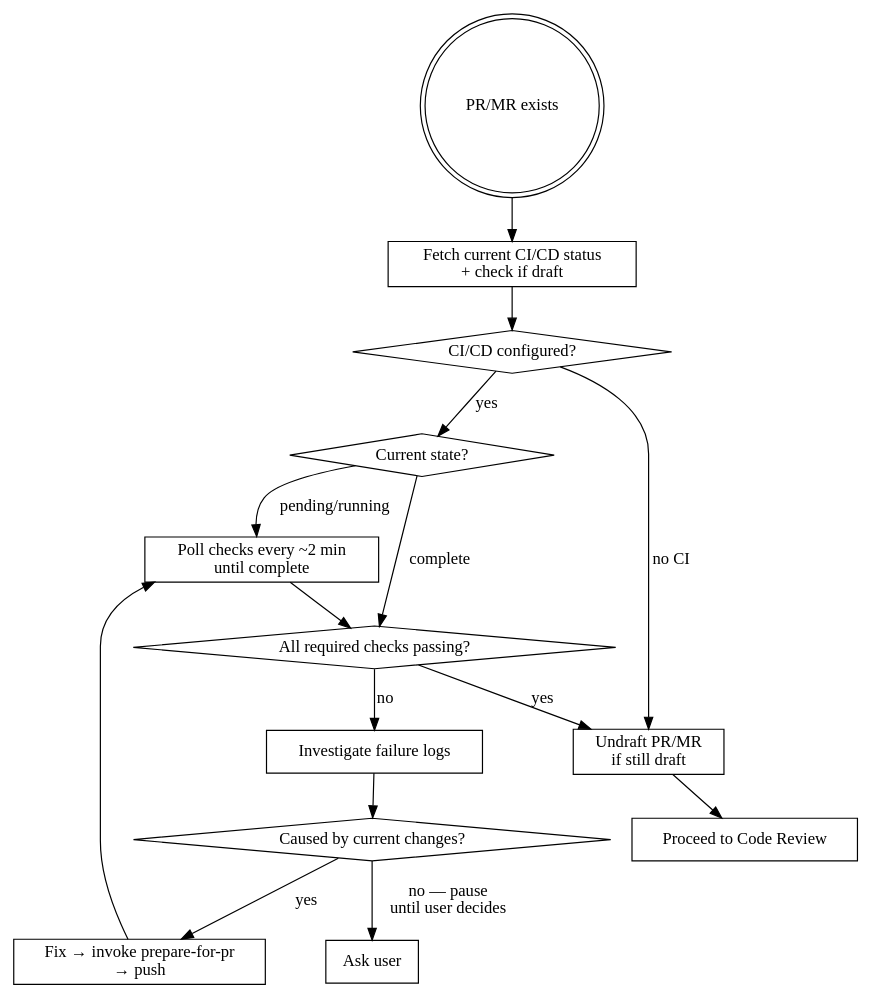
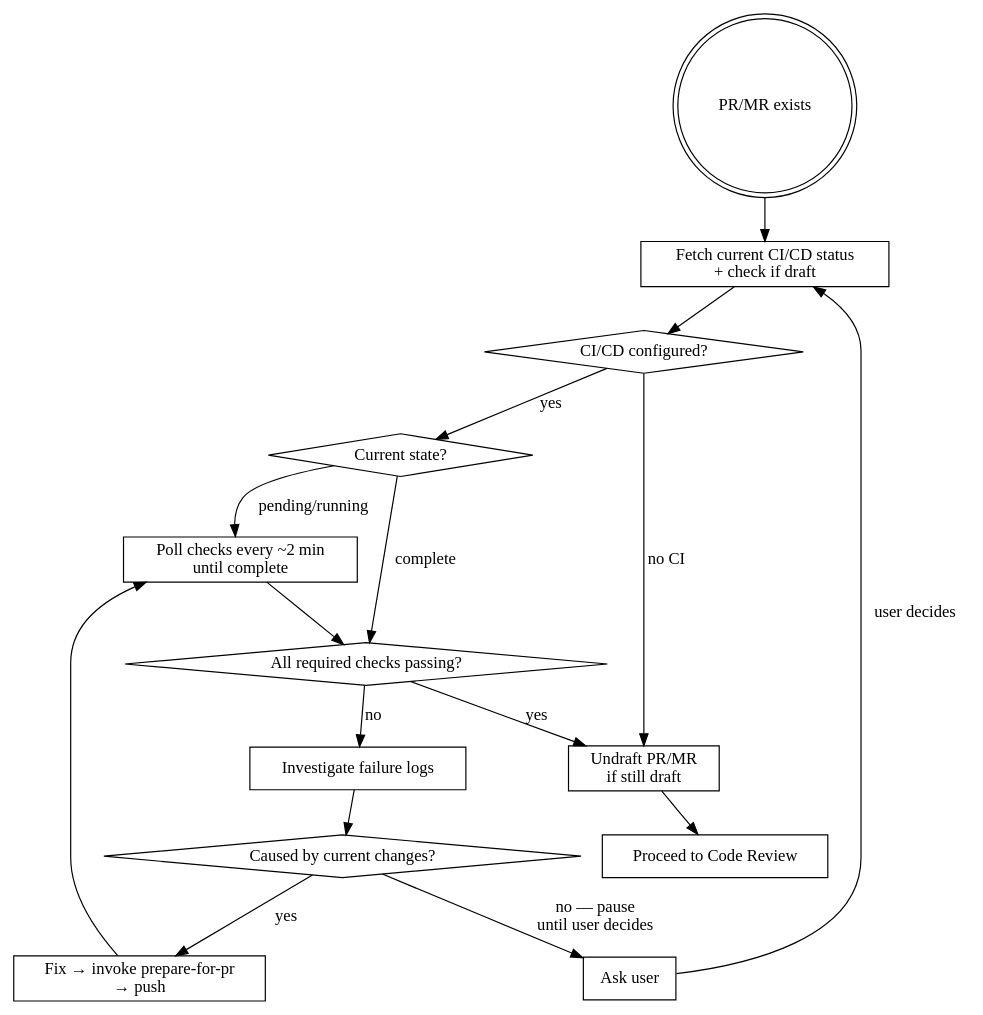
The first of 2 diagrams in plugins/developer-workflow/skills/pr-drive-to-merge/SKILL.md (kirich1409/krozov-ai-tools), drawn with Graphviz before and after one commit. The commit also changed other lines of this file, not shown here.

First line of the commit message:
refactor(pr-drive-to-merge): second simplify pass — remove duplication and fix flowchart gaps

````diff
--- a/plugins/developer-workflow/skills/pr-drive-to-merge/SKILL.md
+++ b/plugins/developer-workflow/skills/pr-drive-to-merge/SKILL.md
@@ -36,33 +36,34 @@
 ```dot
 digraph cicd {
     rankdir=TB;
 
     start [label="PR/MR exists", shape=doublecircle];
     fetch_status [label="Fetch current CI/CD status\n+ check if draft", shape=box];
     has_ci [label="CI/CD configured?", shape=diamond];
     ci_state [label="Current state?", shape=diamond];
     wait [label="Poll checks every ~2 min\nuntil complete", shape=box];
     passing [label="All required checks passing?", shape=diamond];
     investigate [label="Investigate failure logs", shape=box];
     our_fault [label="Caused by current changes?", shape=diamond];
     fix [label="Fix → invoke prepare-for-pr\n→ push", shape=box];
     ask [label="Ask user", shape=box];
     undraft [label="Undraft PR/MR\nif still draft", shape=box];
     review [label="Proceed to Code Review", shape=box];
 
     start -> fetch_status;
     fetch_status -> has_ci;
     has_ci -> ci_state [label="yes"];
     has_ci -> undraft [label="no CI"];
     ci_state -> wait [label="pending/running"];
     ci_state -> passing [label="complete"];
     wait -> passing;
     passing -> undraft [label="yes"];
     passing -> investigate [label="no"];
     investigate -> our_fault;
     our_fault -> fix [label="yes"];
     our_fault -> ask [label="no — pause\nuntil user decides"];
+    ask -> fetch_status [label="user decides"];
     fix -> wait;
     undraft -> review;
 }
 ```
````
